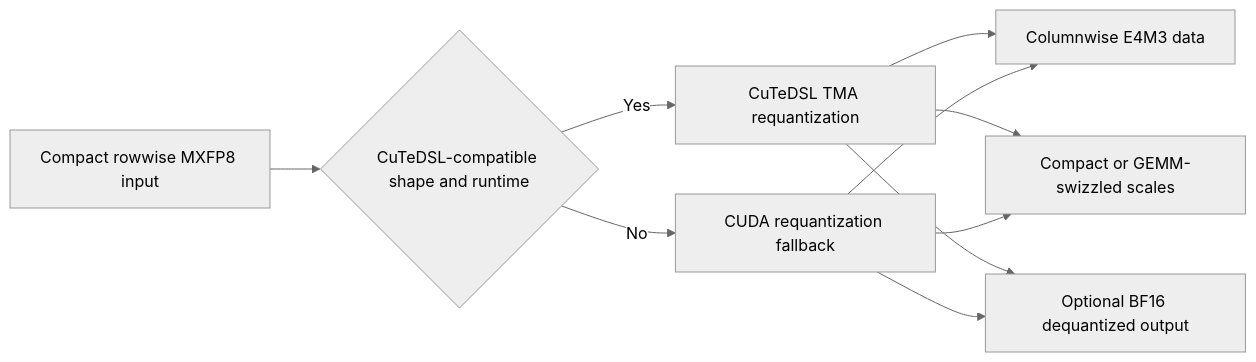
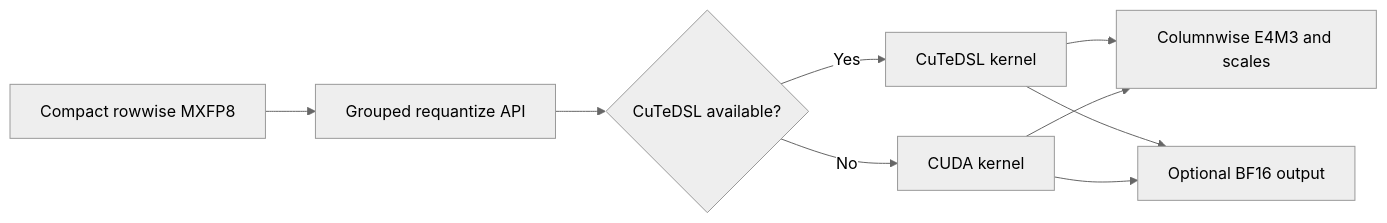
The diagram in knowledge/projects/transformer-engine/knowledgebase/upstream/prs/NVIDIA--TransformerEngine/PR-3560.md (yuguo-Jack/HCU-TrainFlow), drawn with Mermaid before and after one commit. The commit also changed other lines of this file and 19088 other files, not shown here.

````diff
--- a/knowledge/projects/transformer-engine/knowledgebase/upstream/prs/NVIDIA--TransformerEngine/PR-3560.md
+++ b/knowledge/projects/transformer-engine/knowledgebase/upstream/prs/NVIDIA--TransformerEngine/PR-3560.md
@@ -124,13 +130,12 @@
 ```mermaid
 %%{init: {'theme': 'neutral'}}%%
 flowchart LR
-  A[Compact rowwise MXFP8 input] --> B{CuTeDSL-compatible shape and runtime}
-  B -->|Yes| C[CuTeDSL TMA requantization]
-  B -->|No| D[CUDA requantization fallback]
-  C --> E[Columnwise E4M3 data]
-  D --> E
-  C --> F[Compact or GEMM-swizzled scales]
-  D --> F
-  C --> G[Optional BF16 dequantized output]
-  D --> G
+  A[Compact rowwise MXFP8] --> B[Grouped requantize API]
+  B --> C{CuTeDSL available?}
+  C -->|Yes| D[CuTeDSL kernel]
+  C -->|No| E[CUDA kernel]
+  D --> F[Columnwise E4M3 and scales]
+  E --> F
+  D --> G[Optional BF16 output]
+  E --> G
 ```
````
